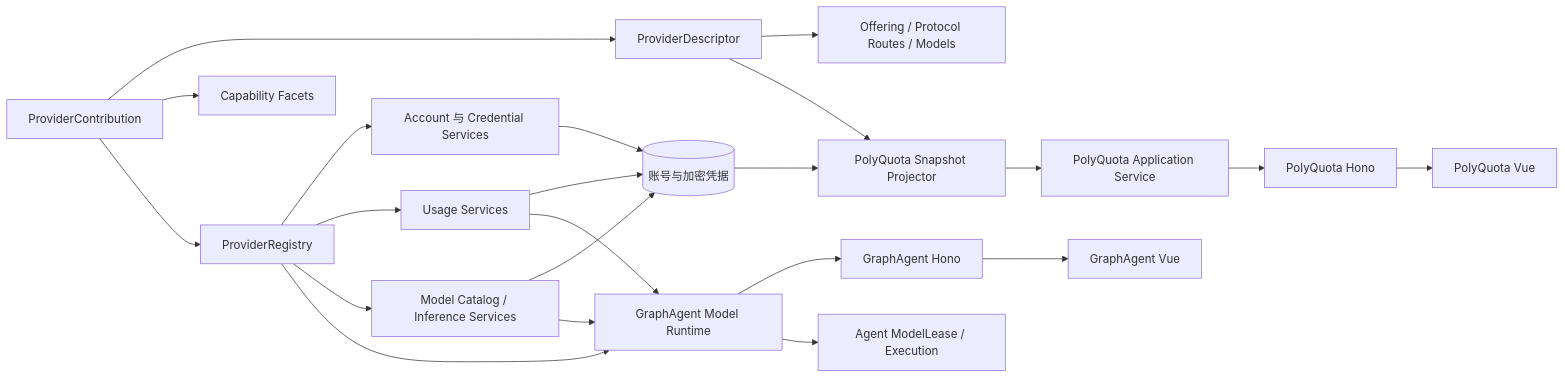
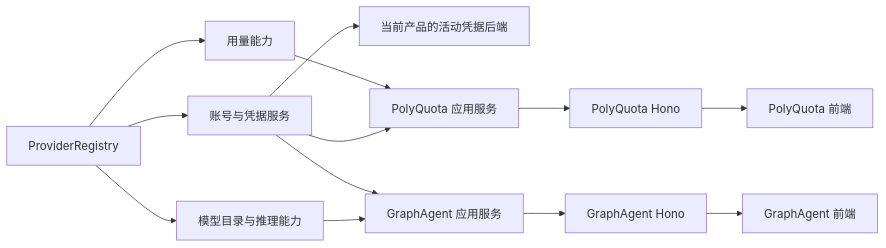
Before and after one commit to SwingCosmic/astra-conductor: the diagram in docs/common/core/provider/design.md, drawn with Mermaid. The commit also changed other lines of this file and 19 other files, not shown here.

````diff
--- a/docs/common/core/provider/design.md
+++ b/docs/common/core/provider/design.md
@@ -146,24 +55,15 @@
 ```mermaid
 flowchart LR
-  C[ProviderContribution] --> D[ProviderDescriptor]
-  C --> F[Capability Facets]
-  D --> O[Offering / Protocol Routes / Models]
-  C --> G[ProviderRegistry]
-  G --> A[Account 与 Credential Services]
-  G --> U[Usage Services]
-  G --> M[Model Catalog / Inference Services]
-  A --> S[(账号与加密凭据)]
-  U --> S
-  M --> S
-  S --> P[PolyQuota Snapshot Projector]
-  D --> P
-  P --> PE[PolyQuota Application Service]
-  G --> GE[GraphAgent Model Runtime]
-  U --> GE
-  M --> GE
-  PE --> PH[PolyQuota Hono]
-  PH --> V[PolyQuota Vue]
-  GE --> GH[GraphAgent Hono]
-  GH --> GV[GraphAgent Vue]
-  GE --> GA[Agent ModelLease / Execution]
+  R[ProviderRegistry] --> A[账号与凭据服务]
+  R --> U[用量能力]
+  R --> M[模型目录与推理能力]
+  A --> V[当前产品的活动凭据后端]
+  U --> P[PolyQuota 应用服务]
+  A --> P
+  A --> G[GraphAgent 应用服务]
+  M --> G
+  P --> PH[PolyQuota Hono]
+  G --> GH[GraphAgent Hono]
+  PH --> PU[PolyQuota 前端]
+  GH --> GU[GraphAgent 前端]
 ```
````
